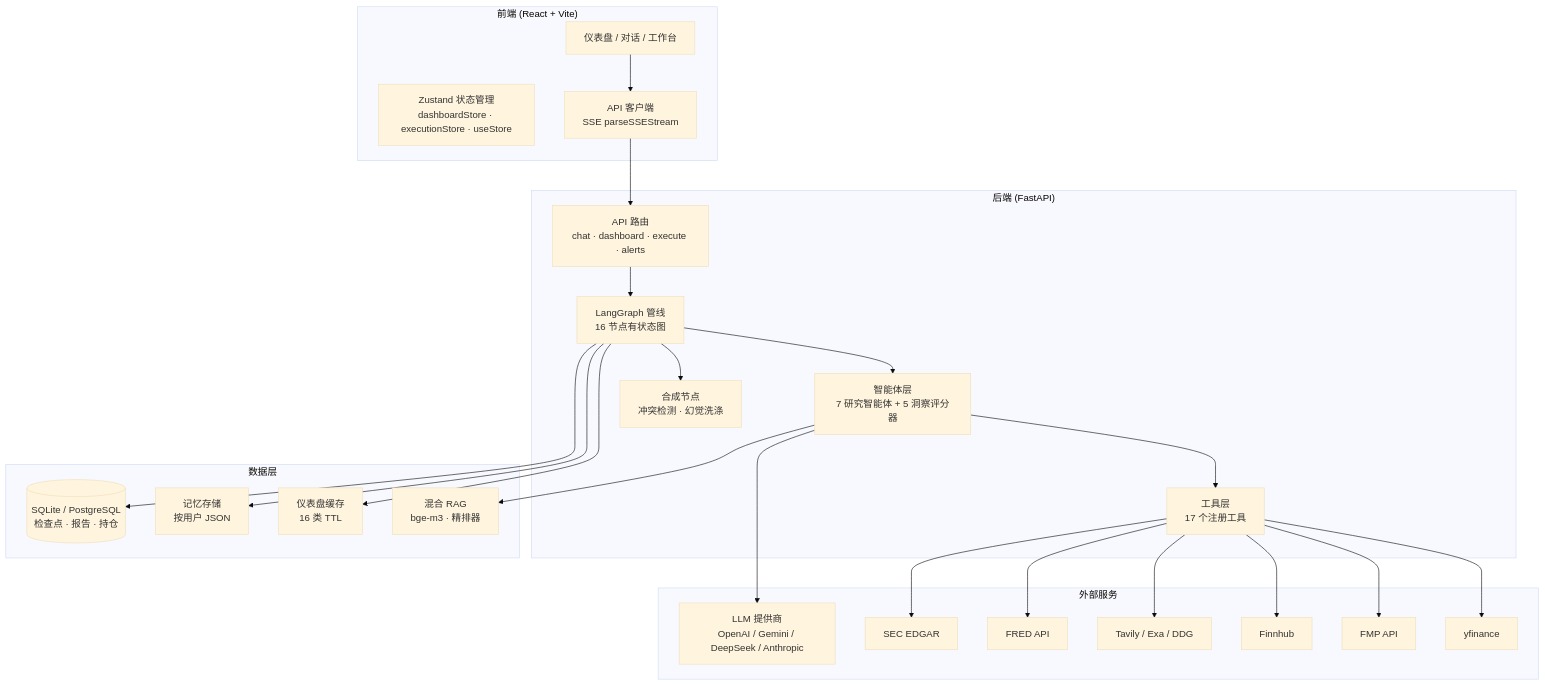
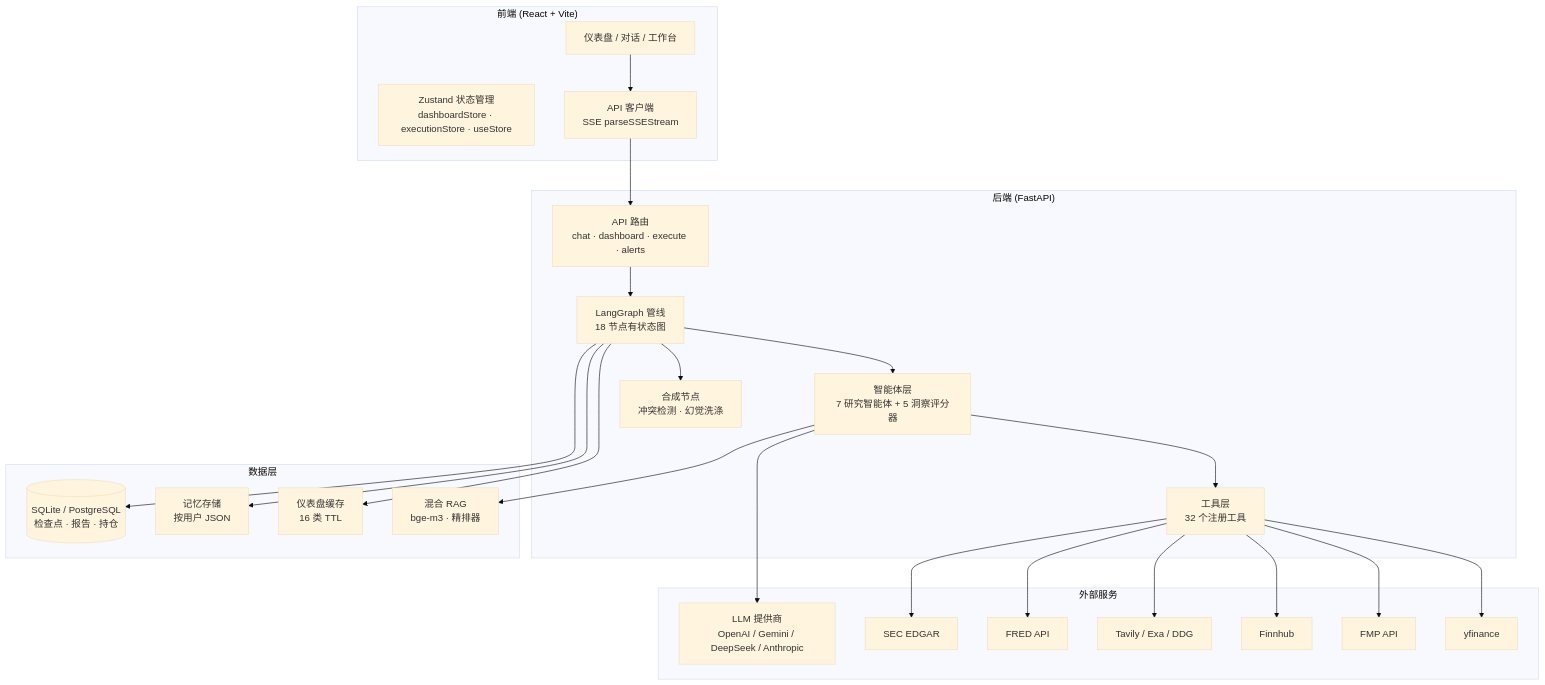
The first of 7 diagrams in readme_cn.md (kkkano/FinSight), drawn with Mermaid (base theme) before and after one commit. The commit also changed other lines of this file and 3 other files, not shown here.

````diff
--- a/readme_cn.md
+++ b/readme_cn.md
@@ -181,41 +181,41 @@
 ```mermaid
 graph TB
     subgraph "前端 (React + Vite)"
         UI[仪表盘 / 对话 / 工作台]
         STORE[Zustand 状态管理<br/>dashboardStore · executionStore · useStore]
         API_CLIENT[API 客户端<br/>SSE parseSSEStream]
     end
 
     subgraph "后端 (FastAPI)"
         ROUTER[API 路由<br/>chat · dashboard · execute · alerts]
-        GRAPH[LangGraph 管线<br/>16 节点有状态图]
+        GRAPH[LangGraph 管线<br/>18 节点有状态图]
         AGENTS[智能体层<br/>7 研究智能体 + 5 洞察评分器]
-        TOOLS[工具层<br/>17 个注册工具]
+        TOOLS[工具层<br/>32 个注册工具]
         SYNTH[合成节点<br/>冲突检测 · 幻觉洗涤]
     end
 
     subgraph "数据层"
         RAG[混合 RAG<br/>bge-m3 · 精排器]
         CACHE[仪表盘缓存<br/>16 类 TTL]
         MEMORY[记忆存储<br/>按用户 JSON]
         DB[(SQLite / PostgreSQL<br/>检查点 · 报告 · 持仓)]
     end
 
     subgraph "外部服务"
         YFINANCE[yfinance]
         FMP[FMP API]
         FINNHUB[Finnhub]
         TAVILY[Tavily / Exa / DDG]
         FRED[FRED API]
         SEC[SEC EDGAR]
         LLM_API[LLM 提供商<br/>OpenAI / Gemini / DeepSeek / Anthropic]
     end
 
     UI --> API_CLIENT --> ROUTER
     ROUTER --> GRAPH --> AGENTS --> TOOLS
     GRAPH --> SYNTH
     TOOLS --> YFINANCE & FMP & FINNHUB & TAVILY & FRED & SEC
     AGENTS --> LLM_API
     AGENTS --> RAG
     GRAPH --> CACHE & MEMORY & DB
 ```
````
